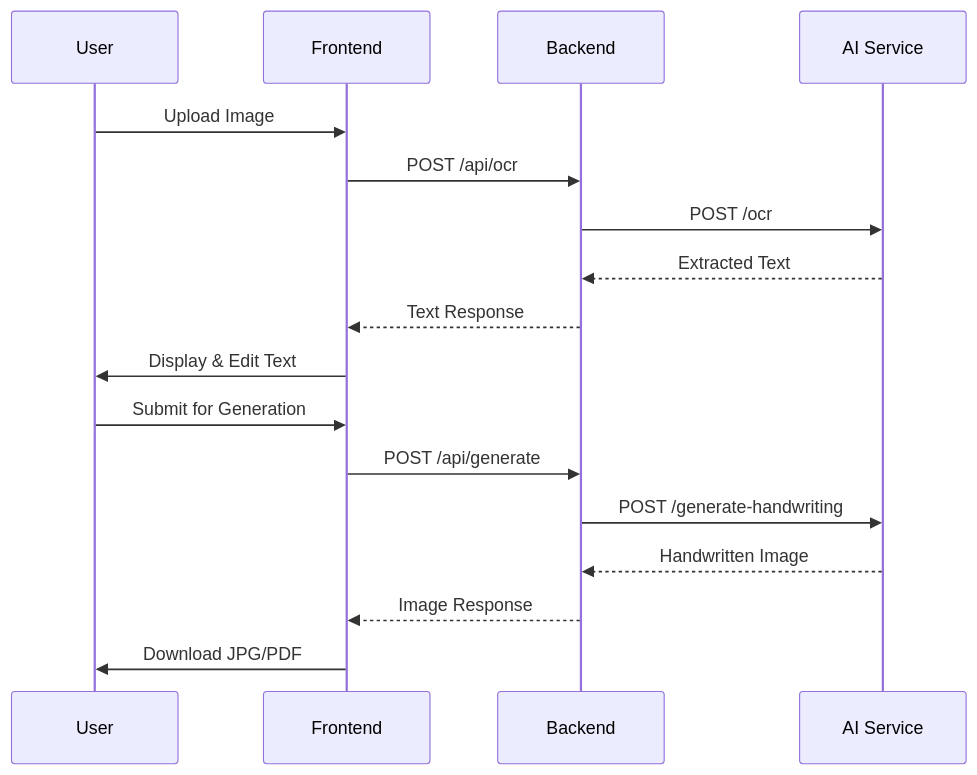
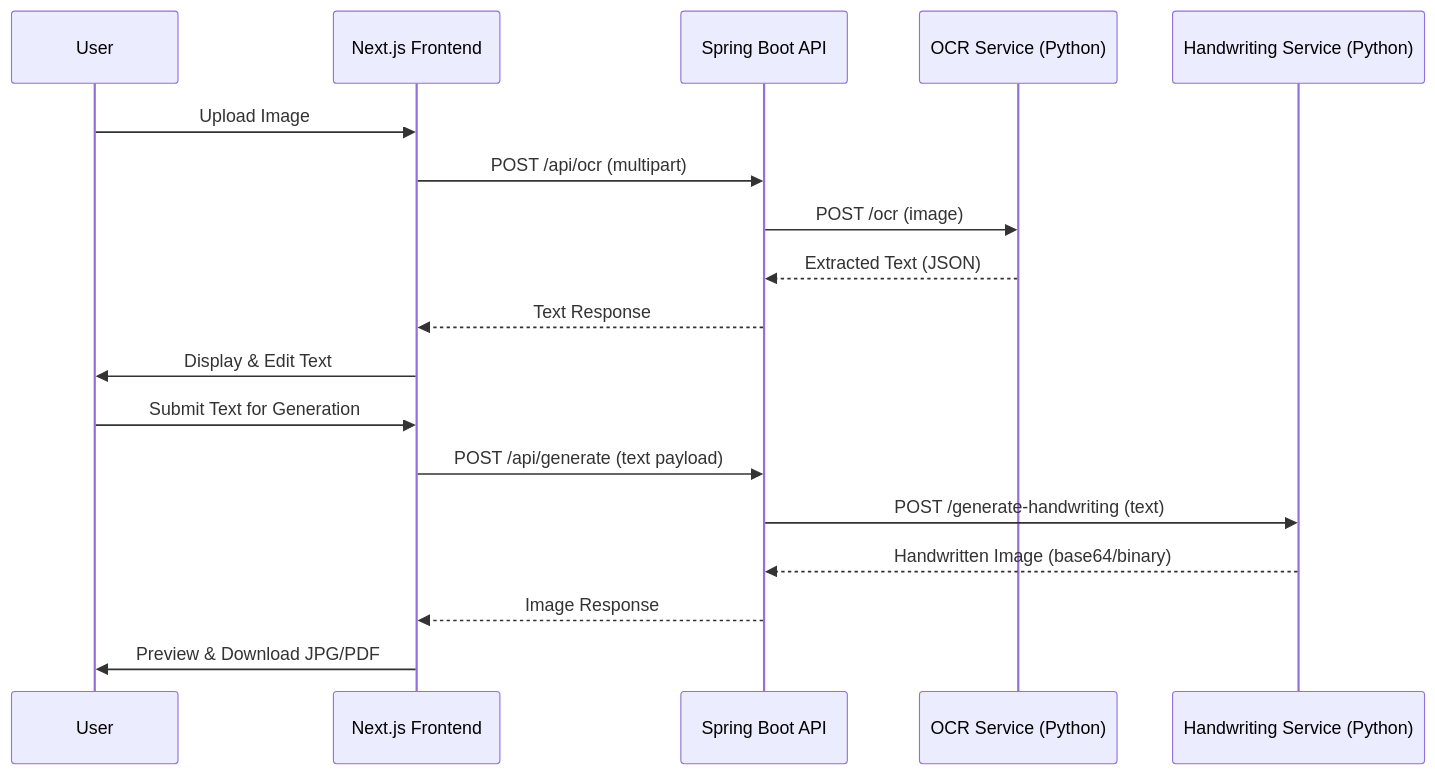
The diagram in readme.md (rookiecoder910/Paperly), drawn with Mermaid before and after one commit. The commit also changed other lines of this file and 18 other files, not shown here.

````diff
--- a/readme.md
+++ b/readme.md
@@ -67,20 +163,22 @@
 ```mermaid
 sequenceDiagram
     participant User
-    participant Frontend
-    participant Backend
-    participant AI Service
+    participant Frontend as Next.js Frontend
+    participant Backend as Spring Boot API
+    participant OCR as OCR Service (Python)
+    participant HW as Handwriting Service (Python)
 
     User->>Frontend: Upload Image
-    Frontend->>Backend: POST /api/ocr
-    Backend->>AI Service: POST /ocr
-    AI Service-->>Backend: Extracted Text
+    Frontend->>Backend: POST /api/ocr (multipart)
+    Backend->>OCR: POST /ocr (image)
+    OCR-->>Backend: Extracted Text (JSON)
     Backend-->>Frontend: Text Response
     Frontend->>User: Display & Edit Text
-    User->>Frontend: Submit for Generation
-    Frontend->>Backend: POST /api/generate
-    Backend->>AI Service: POST /generate-handwriting
-    AI Service-->>Backend: Handwritten Image
+
+    User->>Frontend: Submit Text for Generation
+    Frontend->>Backend: POST /api/generate (text payload)
+    Backend->>HW: POST /generate-handwriting (text)
+    HW-->>Backend: Handwritten Image (base64/binary)
     Backend-->>Frontend: Image Response
-    Frontend->>User: Download JPG/PDF
+    Frontend->>User: Preview & Download JPG/PDF
 ```
````
